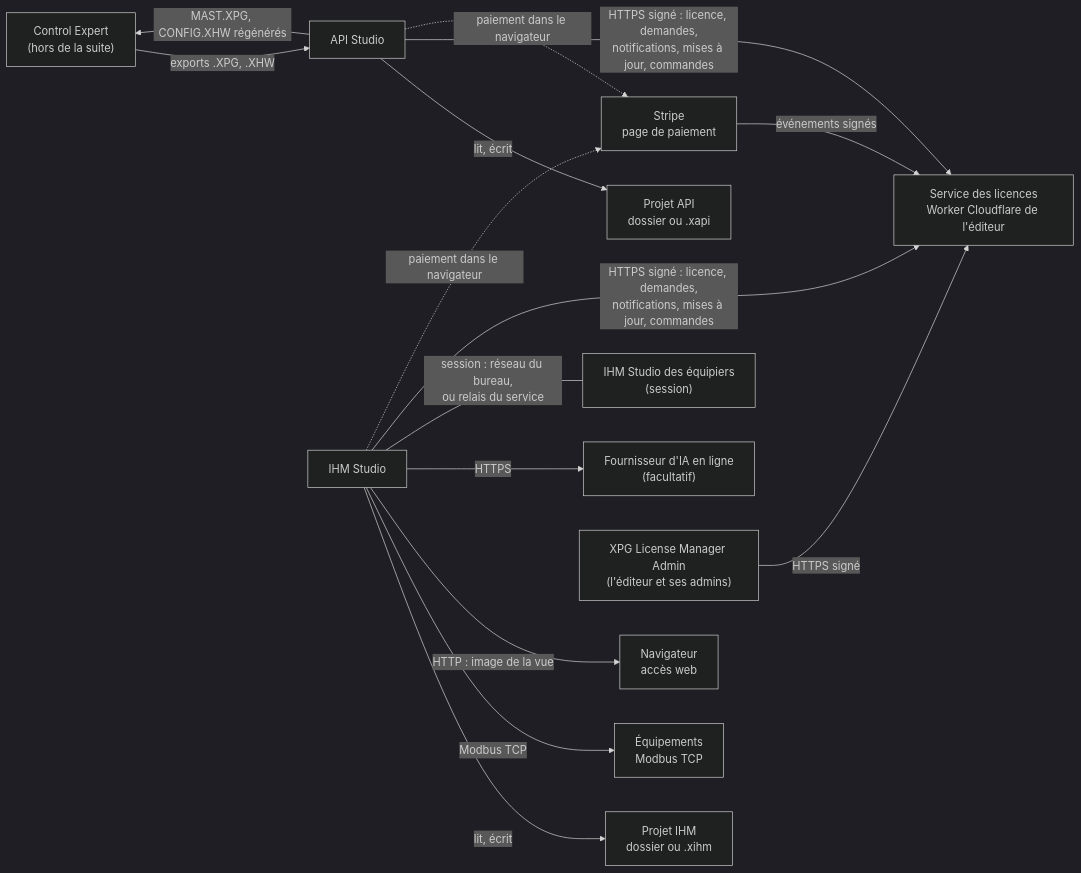
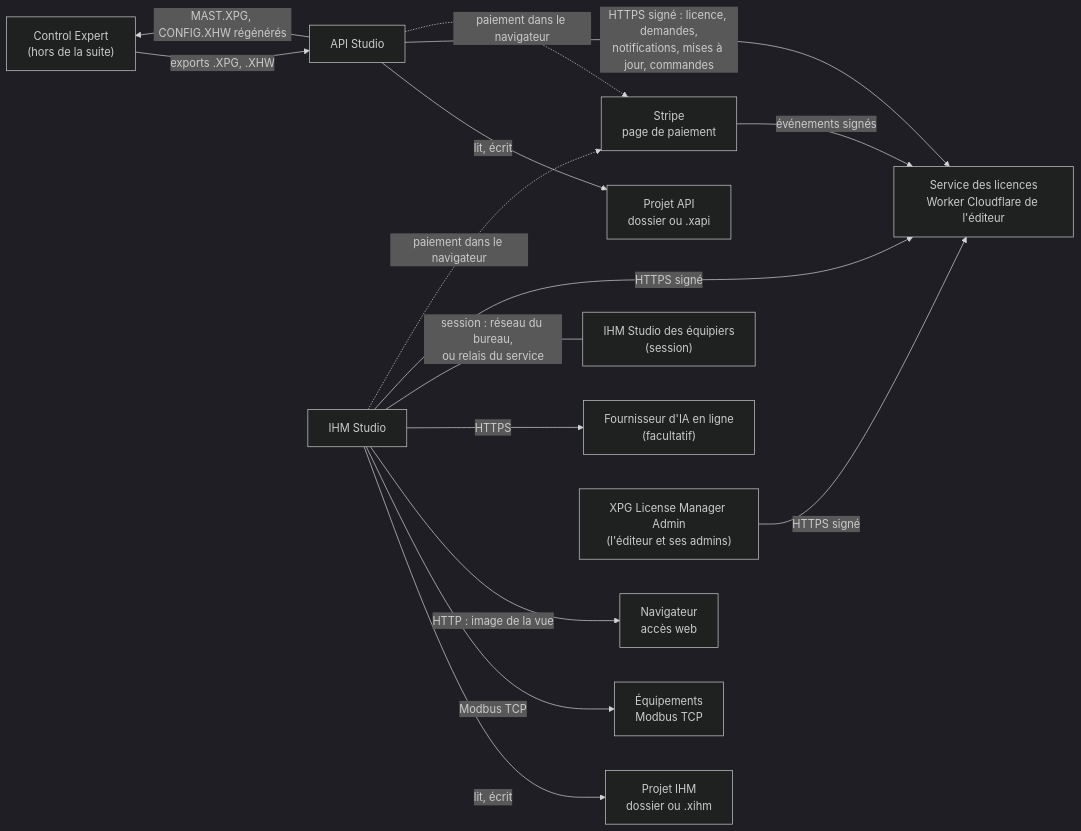
Before and after one commit to quentinboucher192-beep/XPGAnalyser: the second of 2 diagrams in README.md, drawn with Mermaid (dark theme). The commit also changed other lines of this file and 2 other files, not shown here.

Commit message:
README a jour : la 1.46.0 (les licences, l'Admin, le service, les sessions, la boutique, les essais, les limites) ; la 1.47.0 en preparation ; travail en cours des agents
Claude-Session: https://claude.ai/code/session_01Pz7JzPaDFbecR4bVC3yUGu

````diff
--- a/README.md
+++ b/README.md
@@ -314,27 +314,29 @@
 ```mermaid
 flowchart LR
     ce["Control Expert<br/>(hors de la suite)"]
     api["API Studio"]
     ihm["IHM Studio"]
     papi["Projet API<br/>dossier ou .xapi"]
     pihm["Projet IHM<br/>dossier ou .xihm"]
     eq["Équipements<br/>Modbus TCP"]
     nav["Navigateur<br/>accès web"]
     ia["Fournisseur d'IA en ligne<br/>(facultatif)"]
     equipe["IHM Studio des équipiers<br/>(session)"]
     svc["Service des licences<br/>Worker Cloudflare de l'éditeur"]
     adm["XPG License Manager Admin<br/>(l'éditeur et ses admins)"]
     stripe["Stripe<br/>page de paiement"]
     ce -->|"exports .XPG, .XHW"| api
     api -->|"MAST.XPG, CONFIG.XHW régénérés"| ce
     api -->|"lit, écrit"| papi
     ihm -->|"lit, écrit"| pihm
     ihm -->|"Modbus TCP"| eq
     ihm -->|"HTTP : image de la vue"| nav
     ihm -->|"HTTPS"| ia
     ihm ---|"session : réseau du bureau,<br/>ou relais du service"| equipe
-    api & ihm -->|"HTTPS signé : licence, demandes,<br/>notifications, mises à jour, commandes"| svc
+    api -->|"HTTPS signé : licence, demandes,<br/>notifications, mises à jour, commandes"| svc
+    ihm -->|"HTTPS signé"| svc
     adm -->|"HTTPS signé"| svc
-    api & ihm -.->|"paiement dans le navigateur"| stripe
+    api -.->|"paiement dans le navigateur"| stripe
+    ihm -.->|"paiement dans le navigateur"| stripe
     stripe -->|"événements signés"| svc
 ```
````
